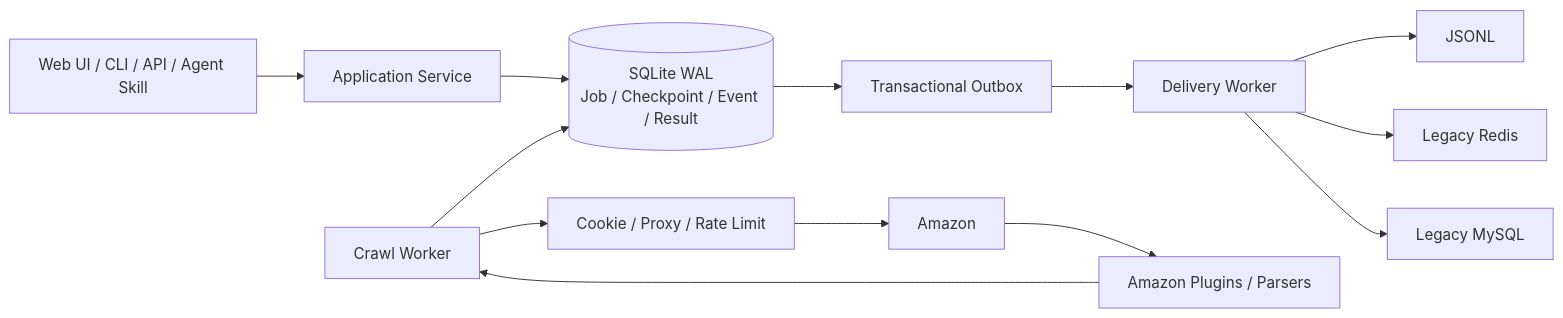
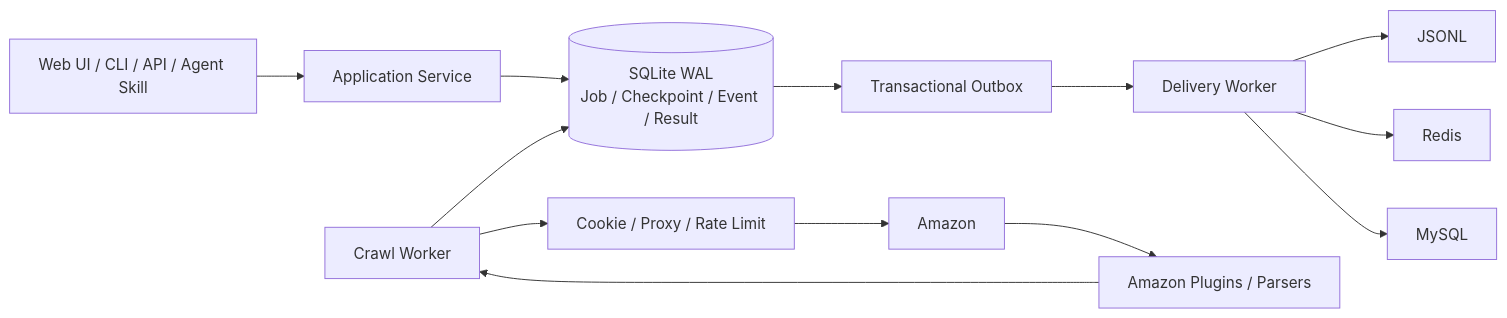
The diagram in README.md (chenshan900821-commits/amazon-crawler-v2), drawn with Mermaid before and after one commit. The commit also changed other lines of this file, not shown here.

````diff
--- a/README.md
+++ b/README.md
@@ -56,15 +52,15 @@
 ```mermaid
 flowchart LR
     Caller[Web UI / CLI / API / Agent Skill] --> Service[Application Service]
     Service --> Store[(SQLite WAL<br/>Job / Checkpoint / Event / Result)]
     Worker[Crawl Worker] --> Store
     Worker --> Resources[Cookie / Proxy / Rate Limit]
     Resources --> Amazon[Amazon]
     Amazon --> Parser[Amazon Plugins / Parsers]
     Parser --> Worker
     Store --> Outbox[Transactional Outbox]
     Outbox --> Delivery[Delivery Worker]
     Delivery --> JSONL[JSONL]
-    Delivery --> Redis[Legacy Redis]
-    Delivery --> MySQL[Legacy MySQL]
+    Delivery --> Redis[Redis]
+    Delivery --> MySQL[MySQL]
 ```
````
